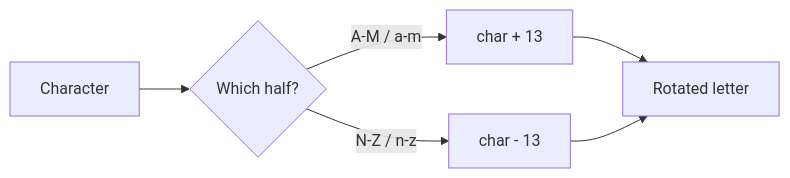
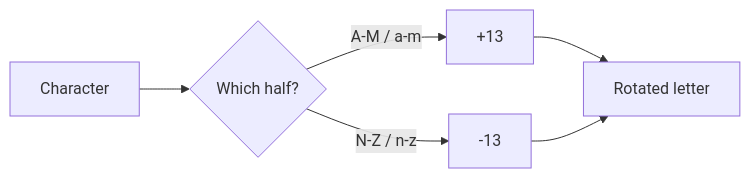
The third of 3 diagrams in README.md (Mann5700/Encryption-Decryption-App), drawn with Mermaid before and after one commit. The commit also changed other lines of this file and 18 other files, not shown here.

````diff
--- a/README.md
+++ b/README.md
@@ -69,8 +77,8 @@
 ```mermaid
 flowchart LR
     C[Character] --> Q{Which half?}
-    Q -- "A-M / a-m" --> P["char + 13"]
-    Q -- "N-Z / n-z" --> R["char - 13"]
+    Q -- "A-M / a-m" --> P["+13"]
+    Q -- "N-Z / n-z" --> R["-13"]
     P --> O[Rotated letter]
     R --> O
 ```
````
